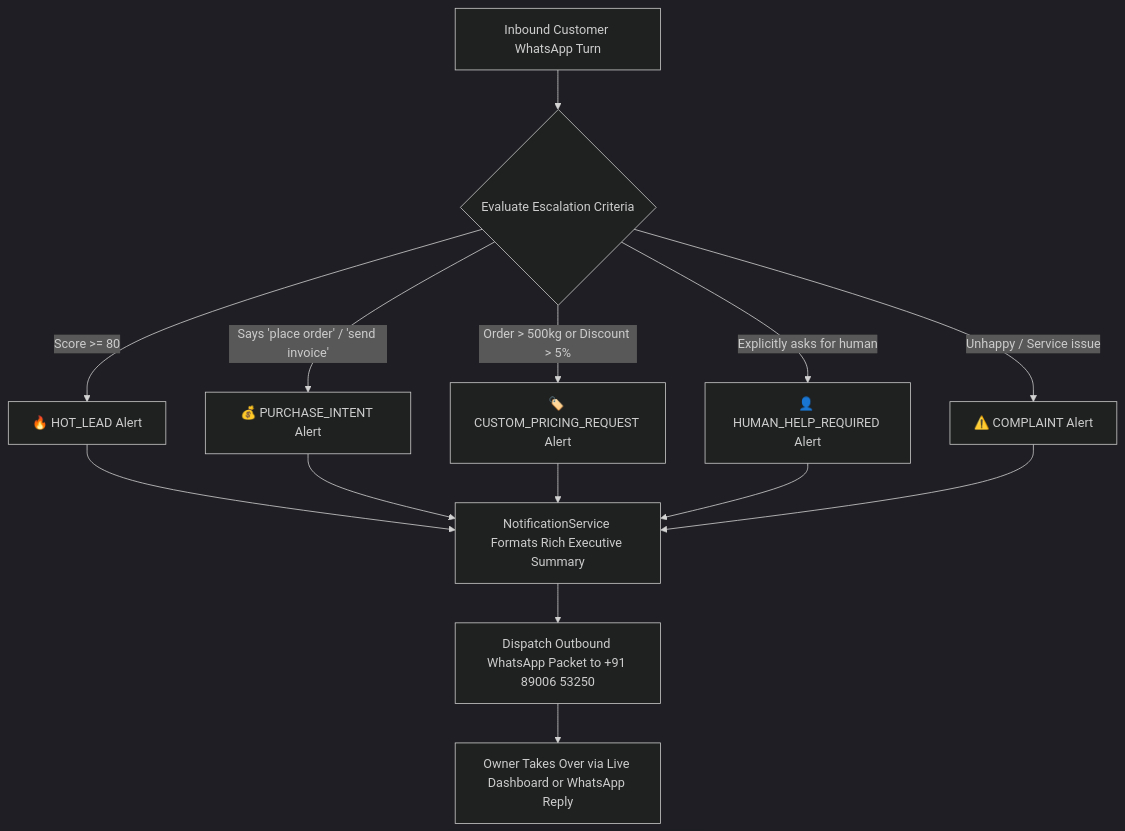
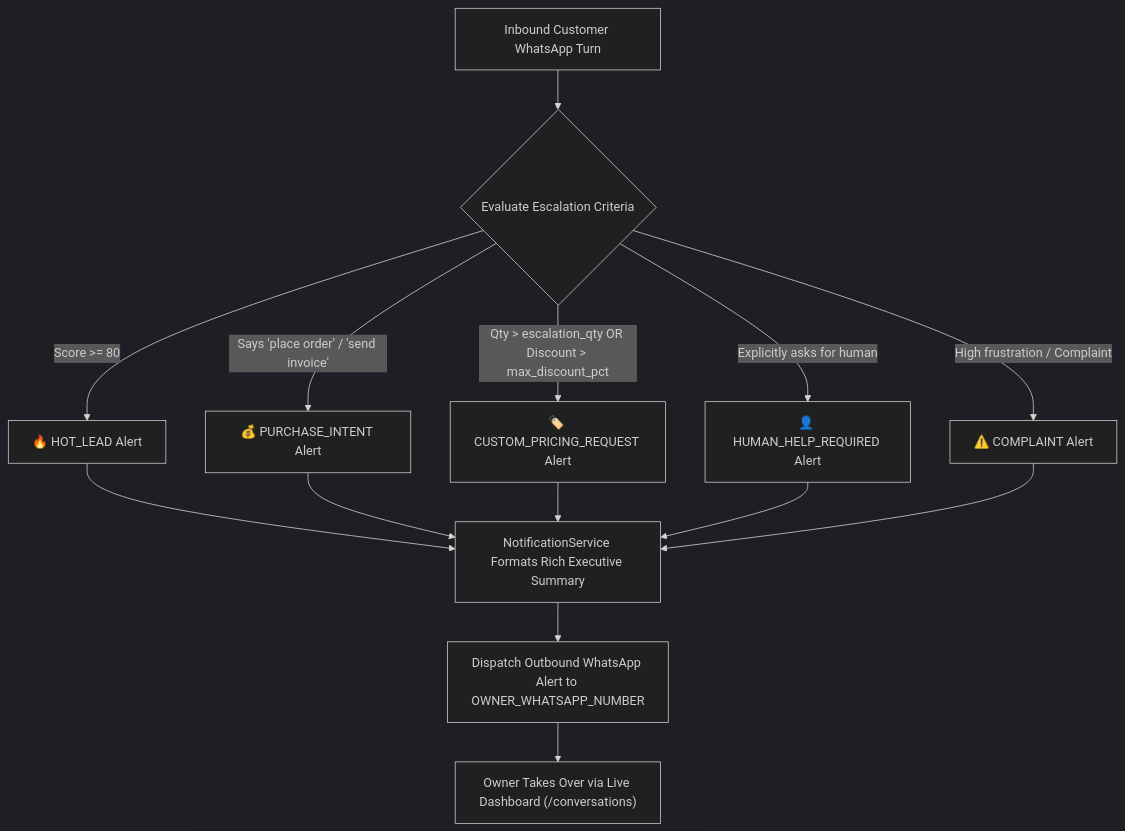
The diagram in assets docs/setup/07-owner-escalation-channel.md (naborajs/wb-agent), drawn with Mermaid (dark theme) before and after one commit. The commit also changed other lines of this file and 8 other files, not shown here.

````diff
--- a/assets docs/setup/07-owner-escalation-channel.md
+++ b/assets docs/setup/07-owner-escalation-channel.md
@@ -35,19 +37,14 @@
 ```mermaid
 flowchart TD
     Turn["Inbound Customer WhatsApp Turn"] --> Check{"Evaluate Escalation Criteria"}
     
     Check -->|Score >= 80| Hot["🔥 HOT_LEAD Alert"]
     Check -->|Says 'place order' / 'send invoice'| Buy["💰 PURCHASE_INTENT Alert"]
-    Check -->|Order > 500kg or Discount > 5%| Price["🏷️ CUSTOM_PRICING_REQUEST Alert"]
+    Check -->|Qty > escalation_qty OR Discount > max_discount_pct| Price["🏷️ CUSTOM_PRICING_REQUEST Alert"]
     Check -->|Explicitly asks for human| Human["👤 HUMAN_HELP_REQUIRED Alert"]
-    Check -->|Unhappy / Service issue| Comp["⚠️ COMPLAINT Alert"]
+    Check -->|High frustration / Complaint| Comp["⚠️ COMPLAINT Alert"]
 
-    Hot --> Format["NotificationService Formats Rich Executive Summary"]
-    Buy --> Format
-    Price --> Format
-    Human --> Format
-    Comp --> Format
-
-    Format --> Send["Dispatch Outbound WhatsApp Packet to +91 89006 53250"]
-    Send --> Takeover["Owner Takes Over via Live Dashboard or WhatsApp Reply"]
+    Hot & Buy & Price & Human & Comp --> Format["NotificationService Formats Rich Executive Summary"]
+    Format --> Send["Dispatch Outbound WhatsApp Alert to OWNER_WHATSAPP_NUMBER"]
+    Send --> Takeover["Owner Takes Over via Live Dashboard (/conversations)"]
 ```
````
